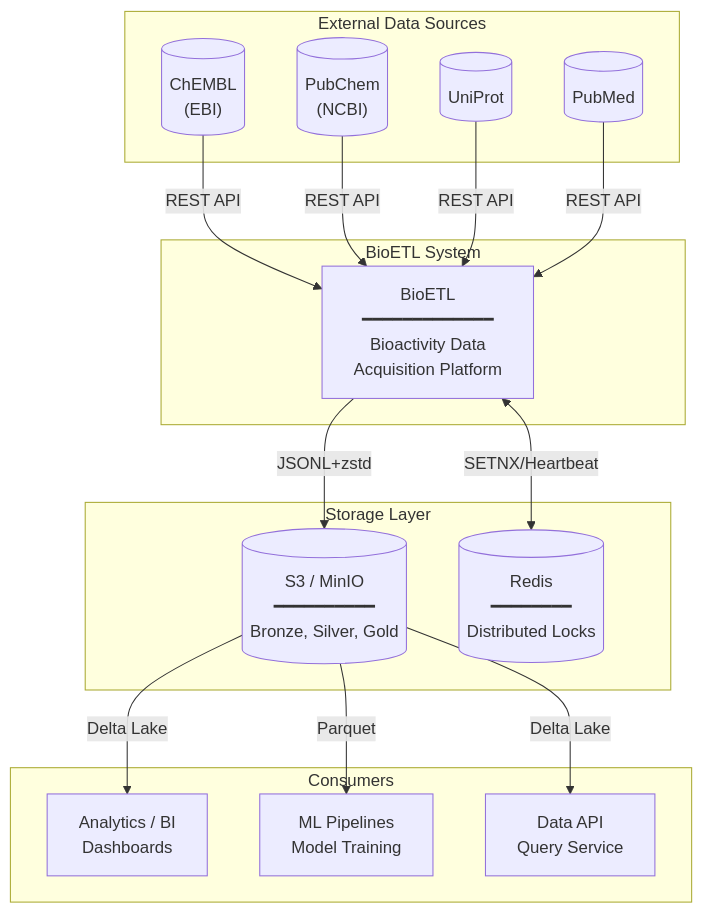
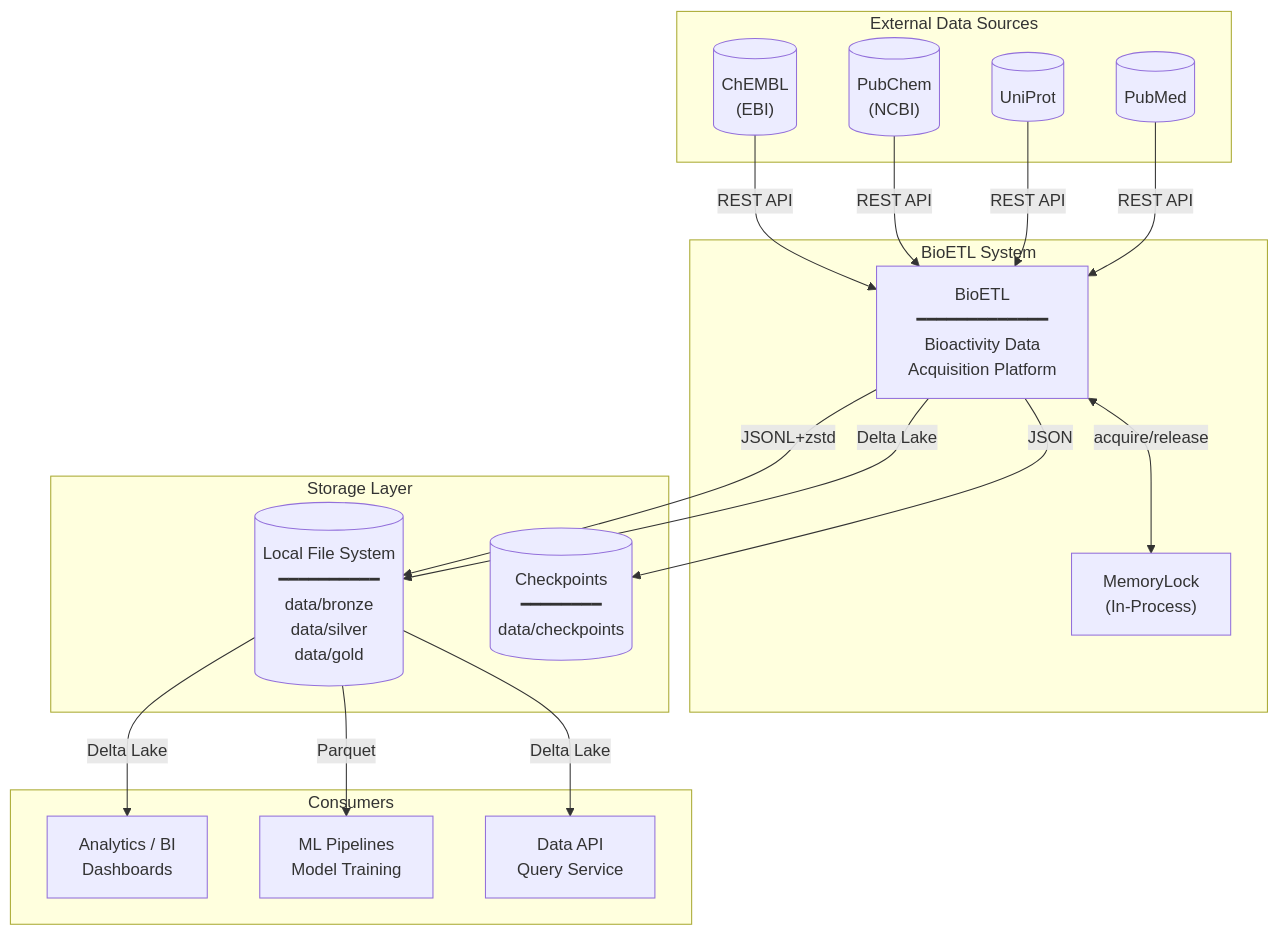
Before and after one commit to SatoryKono/BioactivityDataAcquisition: the diagram in docs/02-architecture/system-context.md, drawn with Mermaid. The commit also changed other lines of this file and 15 other files, not shown here.

````diff
--- a/docs/02-architecture/system-context.md
+++ b/docs/02-architecture/system-context.md
@@ -12,39 +14,44 @@
 ```mermaid
 flowchart TB
     subgraph External Data Sources
         CHEMBL[("ChEMBL<br/>(EBI)")]
         PUBCHEM[("PubChem<br/>(NCBI)")]
         UNIPROT[("UniProt")]
         PUBMED[("PubMed")]
     end
 
     subgraph BioETL System
         BIOETL["BioETL<br/>━━━━━━━━━━━━━<br/>Bioactivity Data<br/>Acquisition Platform"]
+        LOCK["MemoryLock<br/>(In-Process)"]
     end
 
     subgraph Storage Layer
-        S3[("S3 / MinIO<br/>━━━━━━━━━━<br/>Bronze, Silver, Gold")]
-        REDIS[("Redis<br/>━━━━━━━━<br/>Distributed Locks")]
+        FS[("Local File System<br/>━━━━━━━━━━<br/>data/bronze<br/>data/silver<br/>data/gold")]
+        CP[("Checkpoints<br/>━━━━━━━━<br/>data/checkpoints")]
     end
 
     subgraph Consumers
         ANALYTICS["Analytics / BI<br/>Dashboards"]
         ML["ML Pipelines<br/>Model Training"]
         API["Data API<br/>Query Service"]
     end
 
     %% Data flow from sources
     CHEMBL -->|REST API| BIOETL
     PUBCHEM -->|REST API| BIOETL
     UNIPROT -->|REST API| BIOETL
     PUBMED -->|REST API| BIOETL
 
+    %% Internal locking
+    BIOETL <-->|acquire/release| LOCK
+
     %% BioETL to storage
-    BIOETL -->|JSONL+zstd| S3
-    BIOETL <-->|SETNX/Heartbeat| REDIS
+    BIOETL -->|JSONL+zstd| FS
+    BIOETL -->|Delta Lake| FS
+    BIOETL -->|JSON| CP
 
     %% Storage to consumers
-    S3 -->|Delta Lake| ANALYTICS
-    S3 -->|Parquet| ML
-    S3 -->|Delta Lake| API
+    FS -->|Delta Lake| ANALYTICS
+    FS -->|Parquet| ML
+    FS -->|Delta Lake| API
 ```
````
